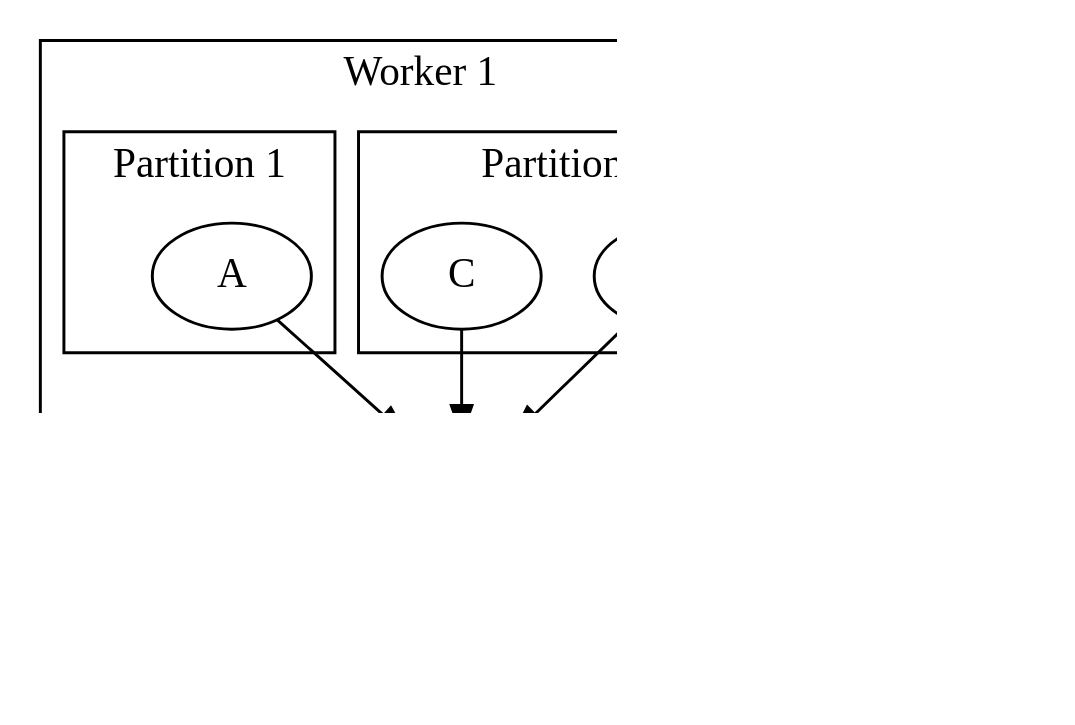
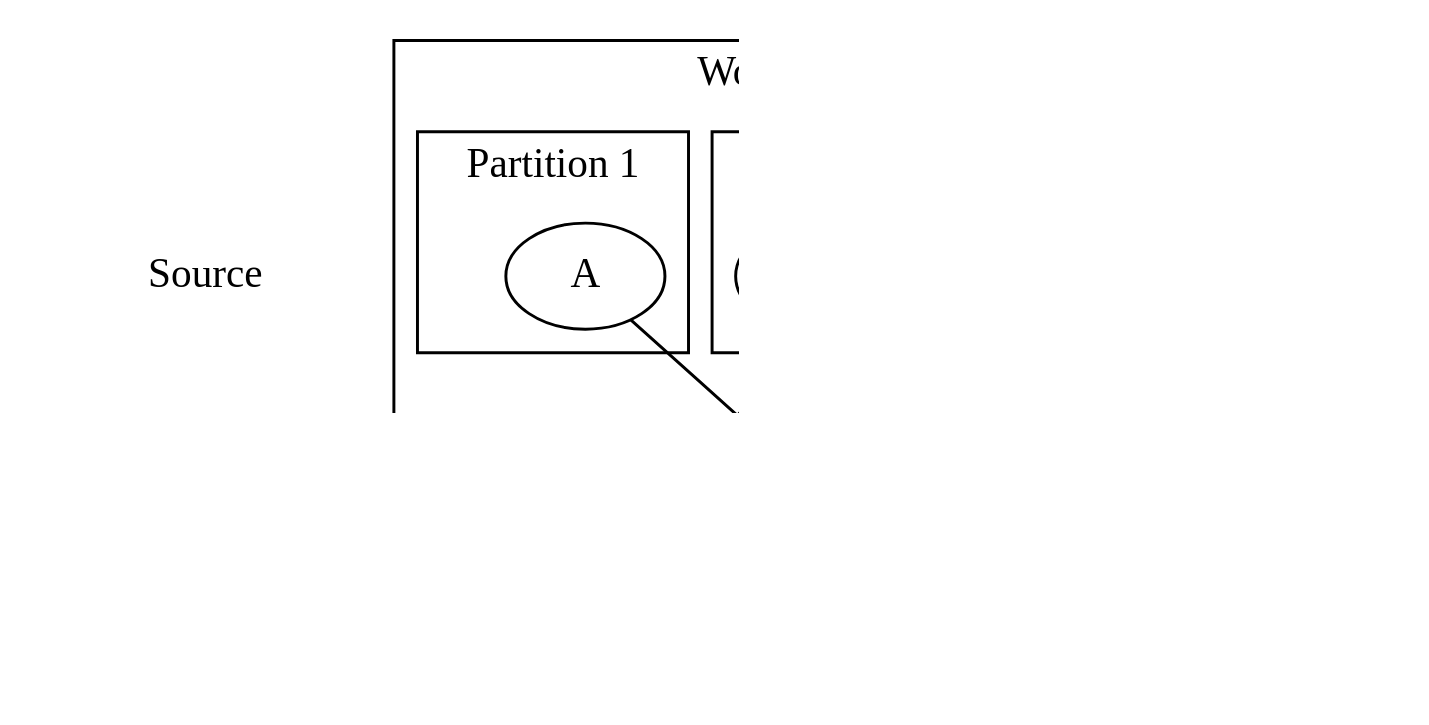
The seventh of 14 diagrams in slides/src/main/asciidoc/kstreams.adoc (inponomarev/kstreams-examples), drawn with Graphviz before and after one commit. The commit also changed other lines of this file and 4 other files, not shown here.

```diff
--- a/slides/src/main/asciidoc/kstreams.adoc
+++ b/slides/src/main/asciidoc/kstreams.adoc
@@ -377,58 +449,66 @@
 [graphviz, "local-partitioning.png"]
 -----
 digraph D {
   graph [ dpi = 150 ]; 
   subgraph system {
+
+     subgraph cluster_s2{
+          style = "invis"
+          S1 [shape=plaintext label = "Source"];
+          S2 [shape=plaintext label = "Local store"];
+          S3 [shape=plaintext label = "Changelog"];
+          S1->S2->S3 [style="invis"]
+      }
 
     subgraph cluster_p1 {
       label = "Worker 1";
         
           
           subgraph cluster_pp11{
               label = "Partition 2"
           
               b [label = "B"];
               c[label = "C"];
               
           }
  
         subgraph cluster_pp1{
               label = "Partition 1"
               
               
               a [label = "A"];
               
           }
           
         
         ls1[shape="cylinder" label = "RocksDB"]
         a->ls1;
         b->ls1;
         c->ls1;
         
         p1[shape="plaintext" label = "Partition 1"];
         p2[shape="plaintext" label = "Partition 2"];
         ls1->p1[dir="both"];
         ls1->p2[dir="both"];
     }
     subgraph cluster_p2 {
       label = "Worker 2";
       subgraph cluster_pp2{
               label = "Partition 3"
                 
               d[label = "D"];
               
               
           }
           
           
         ls2[shape="cylinder" label = "RocksDB"]
         d->ls2;
         p3[shape="plaintext" label = "Partition 3"];
         ls2->p3[dir="both"];
     }
     
     
   }
 } 
 -----
```
